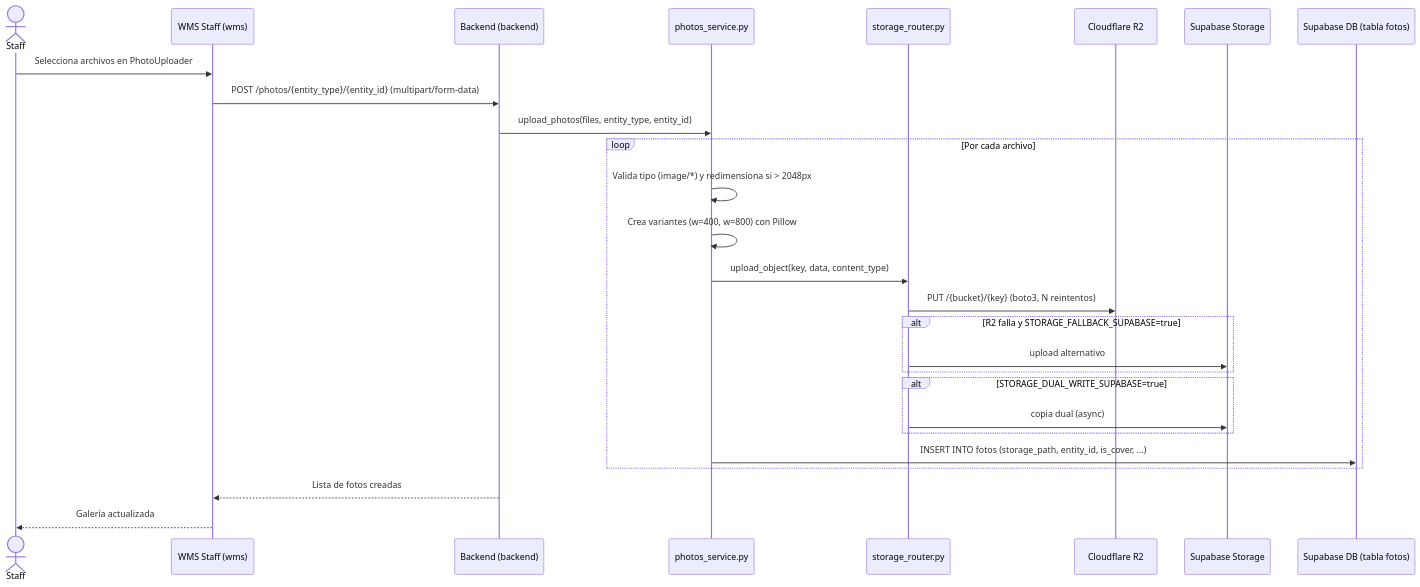
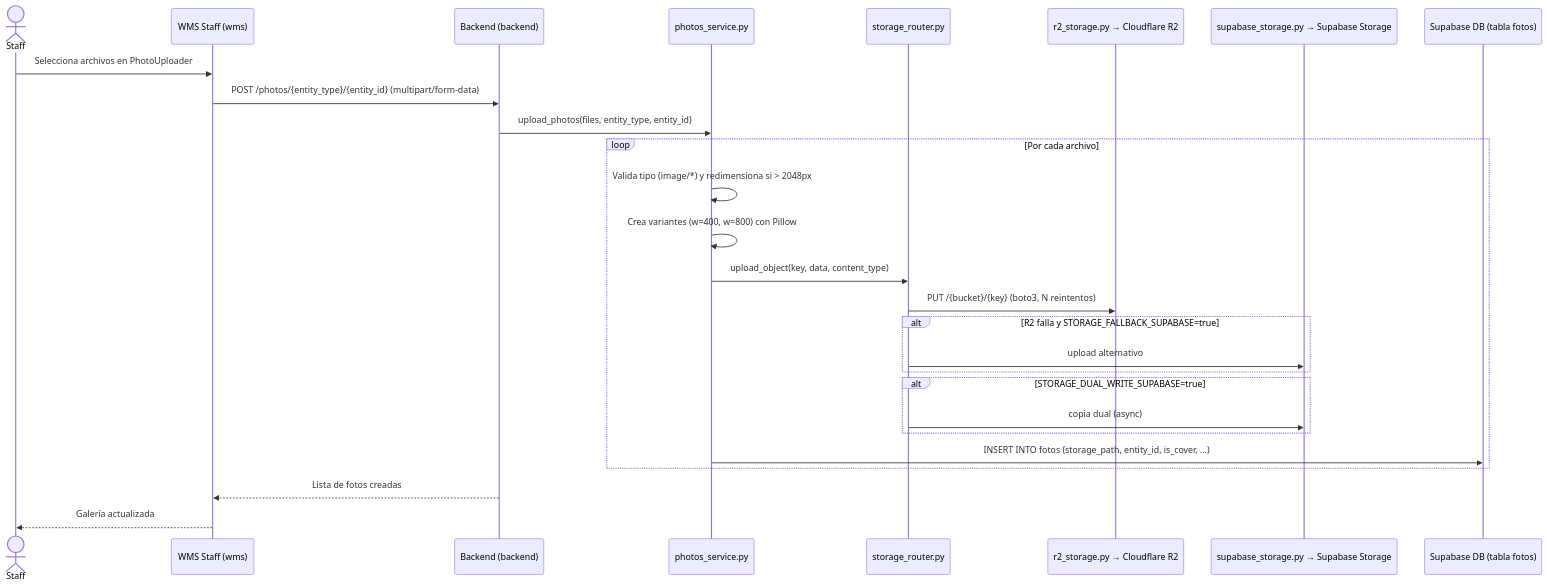
The tenth of 10 diagrams in docs/architecture.md (felicanales/CactarioCasaMolle), drawn with Mermaid before and after one commit. The commit also changed other lines of this file and 5 other files, not shown here.

Commit message:
fix(docs): update paths and comments in README, architecture, deployment, and railway.json files

````diff
--- a/docs/architecture.md
+++ b/docs/architecture.md
@@ -309,32 +367,32 @@
 ```mermaid
 sequenceDiagram
   actor Staff
   participant WMS as WMS Staff (wms)
   participant API as Backend (backend)
   participant Photos as photos_service.py
   participant Storage as storage_router.py
-  participant R2 as Cloudflare R2
-  participant Supabase_S as Supabase Storage
+  participant R2 as r2_storage.py → Cloudflare R2
+  participant Supabase_S as supabase_storage.py → Supabase Storage
   participant DB as Supabase DB (tabla fotos)
 
   Staff->>WMS: Selecciona archivos en PhotoUploader
   WMS->>API: POST /photos/{entity_type}/{entity_id} (multipart/form-data)
   API->>Photos: upload_photos(files, entity_type, entity_id)
 
   loop Por cada archivo
     Photos->>Photos: Valida tipo (image/*) y redimensiona si > 2048px
     Photos->>Photos: Crea variantes (w=400, w=800) con Pillow
     Photos->>Storage: upload_object(key, data, content_type)
     Storage->>R2: PUT /{bucket}/{key} (boto3, N reintentos)
     alt R2 falla y STORAGE_FALLBACK_SUPABASE=true
       Storage->>Supabase_S: upload alternativo
     end
     alt STORAGE_DUAL_WRITE_SUPABASE=true
       Storage->>Supabase_S: copia dual (async)
     end
     Photos->>DB: INSERT INTO fotos (storage_path, entity_id, is_cover, ...)
   end
 
   API-->>WMS: Lista de fotos creadas
   WMS-->>Staff: Galería actualizada
 ```
````
